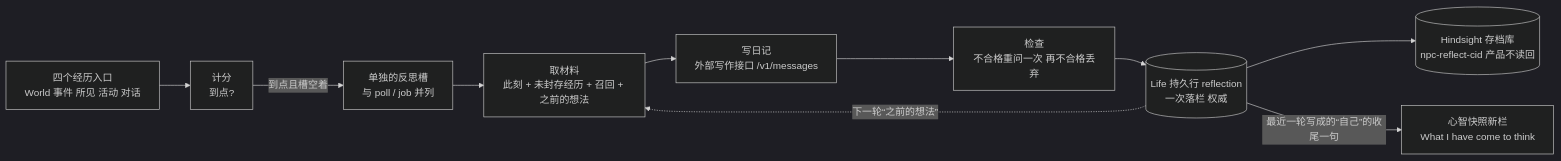
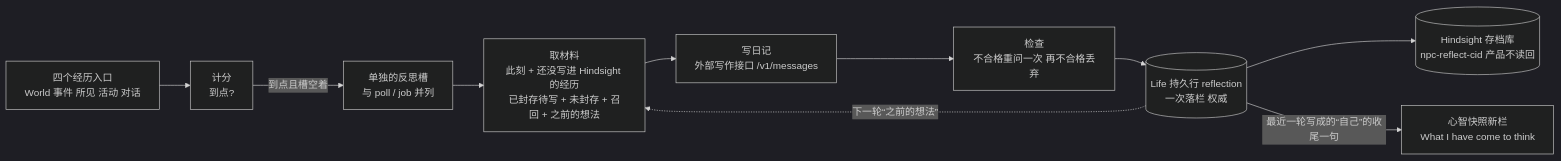
Before and after one commit to dyzdyz010/ex_mmo_cluster: the fourth of 6 diagrams in apps/npc_server/lib/npc_server/README.md, drawn with Mermaid (dark theme). The commit also changed other lines of this file and 8 other files, not shown here.

````diff
--- a/apps/npc_server/lib/npc_server/README.md
+++ b/apps/npc_server/lib/npc_server/README.md
@@ -734,12 +739,12 @@
 ```mermaid
 flowchart LR
   E[四个经历入口<br/>World 事件 所见 活动 对话] --> S[计分<br/>到点?]
   S -->|到点且槽空着| W[单独的反思槽<br/>与 poll / job 并列]
-  W --> M[取材料<br/>此刻 + 未封存经历 + 召回 + 之前的想法]
+  W --> M[取材料<br/>此刻 + 还没写进 Hindsight 的经历<br/>已封存待写 + 未封存 + 召回 + 之前的想法]
   M --> J[写日记<br/>外部写作接口 /v1/messages]
   J --> C[检查<br/>不合格重问一次 再不合格丢弃]
   C --> R[(Life 持久行 reflection<br/>一次落栏 权威)]
   R --> A[(Hindsight 存档库<br/>npc-reflect-cid 产品不读回)]
   R -.下一轮“之前的想法”.-> M
   R -->|最近一轮写成的“自己”的收尾一句| T[心智快照新栏<br/>What I have come to think]
 ```
````
